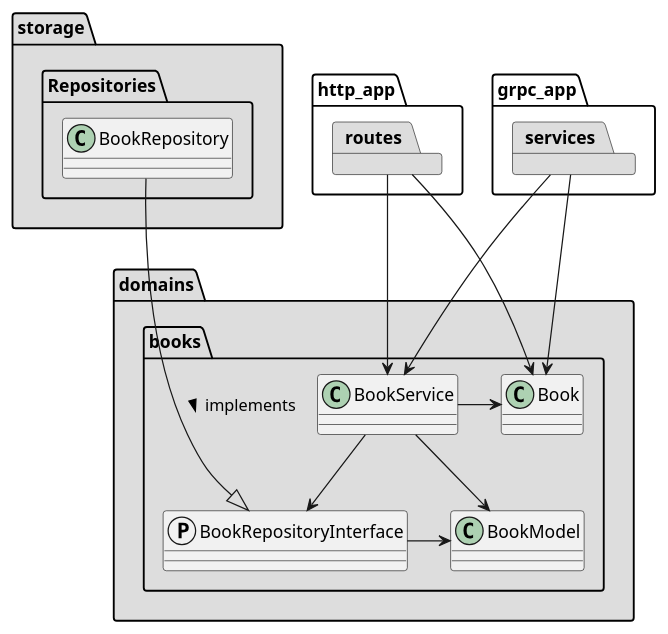
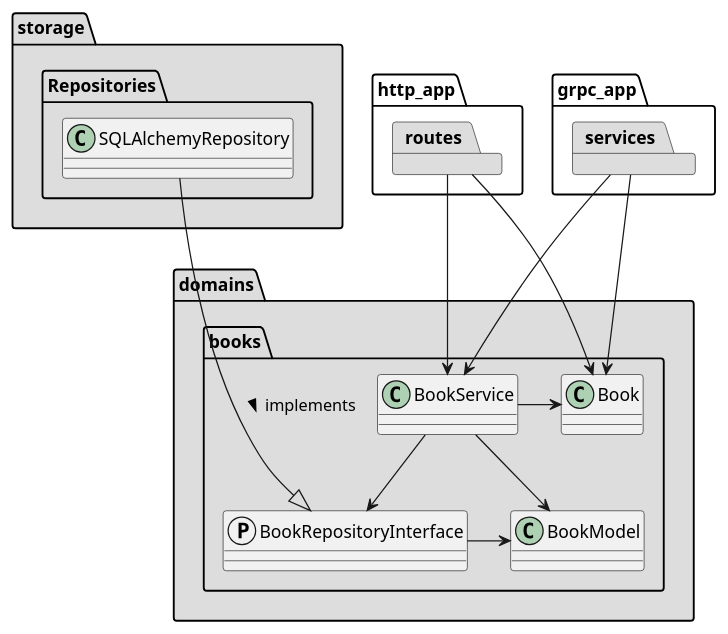
The diagram in architecture.puml (febus982/bootstrap-python-fastapi), drawn with PlantUML before and after one commit. The commit also changed 1 other file, not shown here.

Commit message:
Update repository classes in architecture diagram

```diff
--- a/architecture.puml
+++ b/architecture.puml
@@ -1,42 +1,42 @@
 @startuml
 allowmixing
 skinparam componentStyle uml1
 
 package http_app {
     package routes #DDDDDD
 }
 
 package grpc_app {
     package services #DDDDDD
 }
 
 package domains #DDDDDD {
     package books {
         class Book
         class BookService
         protocol BookRepositoryInterface
         class BookModel
     }
 }
 
 package storage #DDDDDD {
     package Repositories {
-        class BookRepository
+        class SQLAlchemyRepository
     }
 }
 
 'links framework - domains
 routes --> BookService
 routes --> Book
 services --> BookService
 services --> Book
 
 'links internal to books domain
 BookService -l-> Book
 BookService --> BookModel
 BookService --> BookRepositoryInterface
 BookRepositoryInterface -l-> BookModel
 
 'links domains - storage
-BookRepository --d-|> BookRepositoryInterface: implements >
+SQLAlchemyRepository --d-|> BookRepositoryInterface: implements >
 @enduml
```
